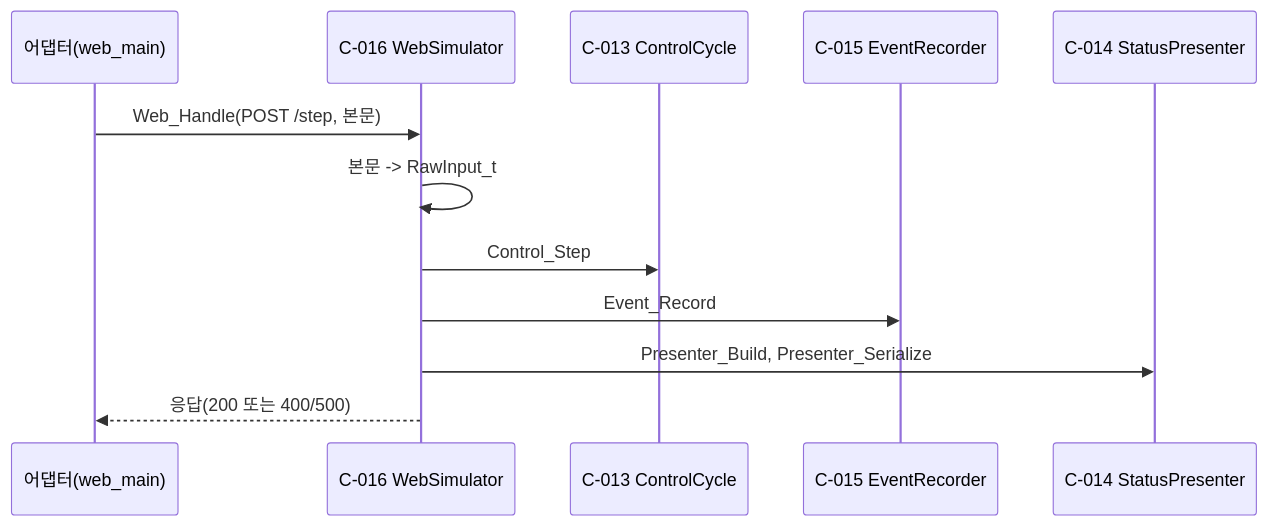
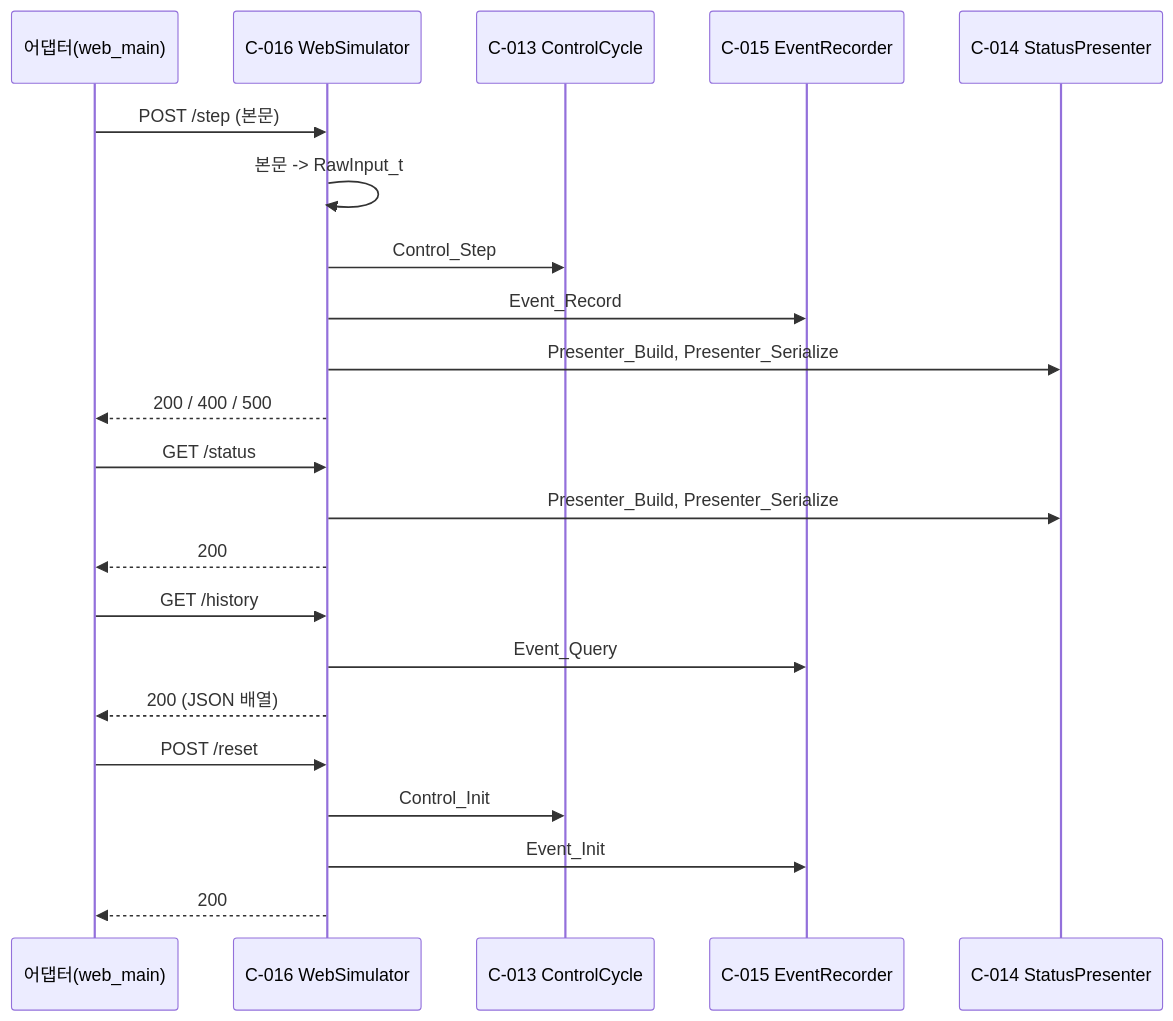
The second of 2 diagrams in docs/architecture/ARCH-iter2.md (D2Papa/ClaudeClang), drawn with Mermaid before and after one commit. The commit also changed other lines of this file and 5 other files, not shown here.

````diff
--- a/docs/architecture/ARCH-iter2.md
+++ b/docs/architecture/ARCH-iter2.md
@@ -37,14 +52,24 @@
 ```mermaid
 sequenceDiagram
     participant H as 어댑터(web_main)
     participant W as C-016 WebSimulator
     participant C as C-013 ControlCycle
     participant E as C-015 EventRecorder
     participant P as C-014 StatusPresenter
-    H->>W: Web_Handle(POST /step, 본문)
+    H->>W: POST /step (본문)
     W->>W: 본문 -> RawInput_t
     W->>C: Control_Step
     W->>E: Event_Record
     W->>P: Presenter_Build, Presenter_Serialize
-    W-->>H: 응답(200 또는 400/500)
+    W-->>H: 200 / 400 / 500
+    H->>W: GET /status
+    W->>P: Presenter_Build, Presenter_Serialize
+    W-->>H: 200
+    H->>W: GET /history
+    W->>E: Event_Query
+    W-->>H: 200 (JSON 배열)
+    H->>W: POST /reset
+    W->>C: Control_Init
+    W->>E: Event_Init
+    W-->>H: 200
 ```
````
